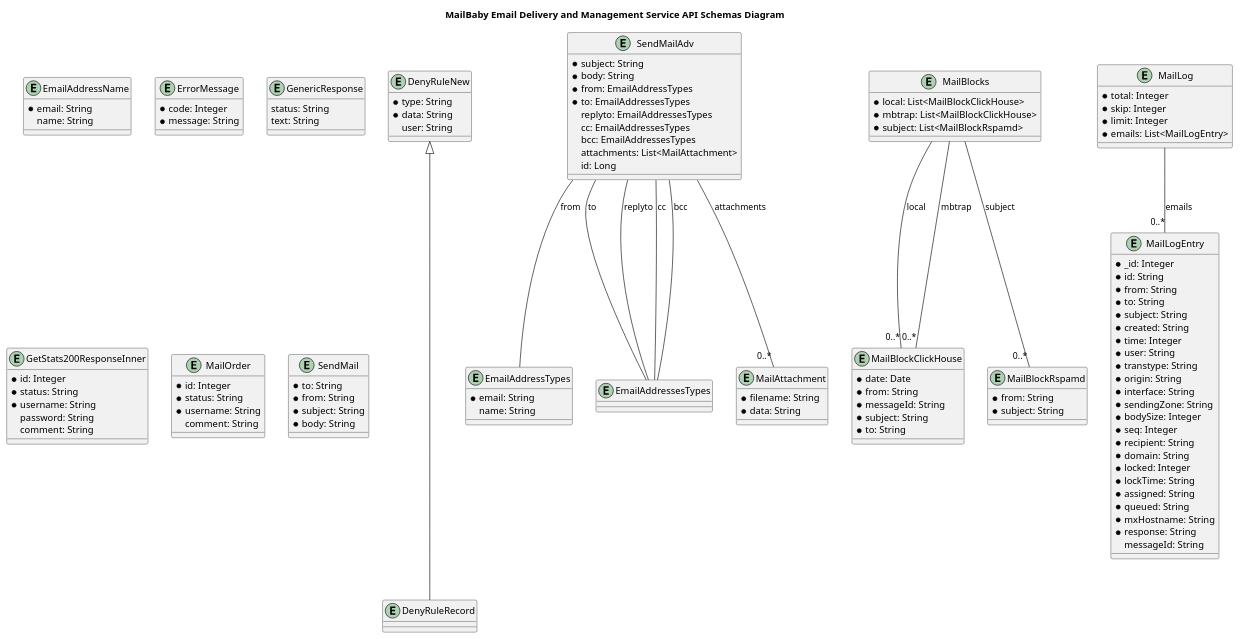
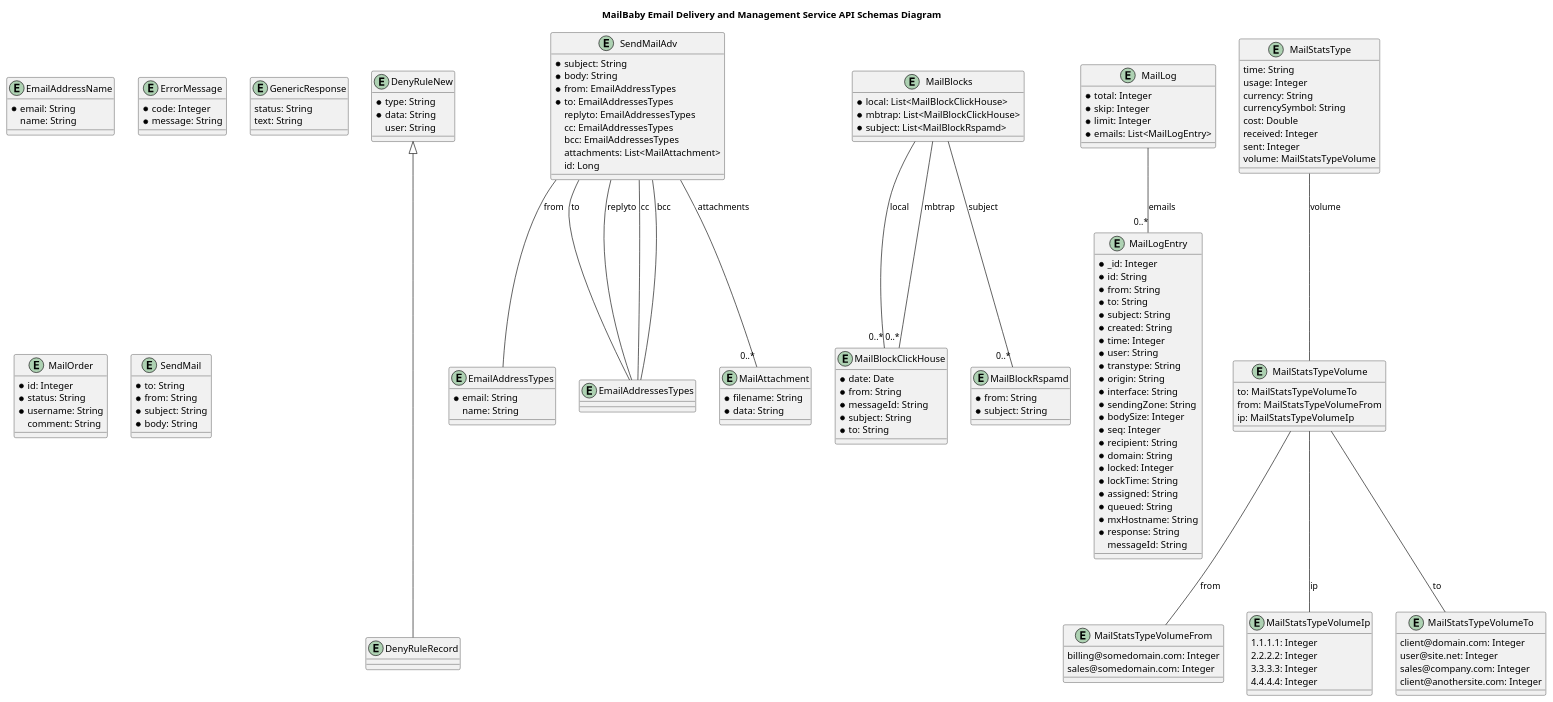
One commit to interserver/mailbaby-api-samples changed the diagram in openapi-documentation/plantuml/schemas.plantuml. Above: the diagram before and after it, drawn with PlantUML. The commit also changed 3015 other files, not shown here.

```diff
--- a/openapi-documentation/plantuml/schemas.plantuml
+++ b/openapi-documentation/plantuml/schemas.plantuml
@@ -1,141 +1,173 @@
 @startuml
 
 title MailBaby Email Delivery and Management Service API Schemas Diagram
 
 entity DenyRuleNew {
     * type: String
     * data: String
     user: String
 }
 
 entity DenyRuleRecord {
 }
 
 entity EmailAddressName {
     * email: String
     name: String
 }
 
 entity EmailAddressTypes {
     * email: String
     name: String
 }
 
 entity EmailAddressesTypes {
 }
 
 entity ErrorMessage {
     * code: Integer
     * message: String
 }
 
 entity GenericResponse {
     status: String
     text: String
-}
-
-entity GetStats200ResponseInner {
-    * id: Integer
-    * status: String
-    * username: String
-    password: String
-    comment: String
 }
 
 entity MailAttachment {
     * filename: String
     * data: String
 }
 
 entity MailBlockClickHouse {
     * date: Date
     * from: String
     * messageId: String
     * subject: String
     * to: String
 }
 
 entity MailBlockRspamd {
     * from: String
     * subject: String
 }
 
 entity MailBlocks {
     * local: List<MailBlockClickHouse>
     * mbtrap: List<MailBlockClickHouse>
     * subject: List<MailBlockRspamd>
 }
 
 entity MailLog {
     * total: Integer
     * skip: Integer
     * limit: Integer
     * emails: List<MailLogEntry>
 }
 
 entity MailLogEntry {
     * _id: Integer
     * id: String
     * from: String
     * to: String
     * subject: String
     * created: String
     * time: Integer
     * user: String
     * transtype: String
     * origin: String
     * interface: String
     * sendingZone: String
     * bodySize: Integer
     * seq: Integer
     * recipient: String
     * domain: String
     * locked: Integer
     * lockTime: String
     * assigned: String
     * queued: String
     * mxHostname: String
     * response: String
     messageId: String
 }
 
 entity MailOrder {
     * id: Integer
     * status: String
     * username: String
     comment: String
 }
 
+entity MailStatsType {
+    time: String
+    usage: Integer
+    currency: String
+    currencySymbol: String
+    cost: Double
+    received: Integer
+    sent: Integer
+    volume: MailStatsTypeVolume
+}
+
+entity MailStatsTypeVolume {
+    to: MailStatsTypeVolumeTo
+    from: MailStatsTypeVolumeFrom
+    ip: MailStatsTypeVolumeIp
+}
+
+entity MailStatsTypeVolumeFrom {
+    billing@somedomain.com: Integer
+    sales@somedomain.com: Integer
+}
+
+entity MailStatsTypeVolumeIp {
+    1.1.1.1: Integer
+    2.2.2.2: Integer
+    3.3.3.3: Integer
+    4.4.4.4: Integer
+}
+
+entity MailStatsTypeVolumeTo {
+    client@domain.com: Integer
+    user@site.net: Integer
+    sales@company.com: Integer
+    client@anothersite.com: Integer
+}
+
 entity SendMail {
     * to: String
     * from: String
     * subject: String
     * body: String
 }
 
 entity SendMailAdv {
     * subject: String
     * body: String
     * from: EmailAddressTypes
     * to: EmailAddressesTypes
     replyto: EmailAddressesTypes
     cc: EmailAddressesTypes
     bcc: EmailAddressesTypes
     attachments: List<MailAttachment>
     id: Long
 }
 
 DenyRuleNew <|--- DenyRuleRecord
 
+MailStatsTypeVolume -- MailStatsTypeVolumeTo : to
+MailStatsTypeVolume -- MailStatsTypeVolumeFrom : from
+MailStatsTypeVolume -- MailStatsTypeVolumeIp : ip
+MailStatsType -- MailStatsTypeVolume : volume
 SendMailAdv -- EmailAddressTypes : from
 SendMailAdv -- EmailAddressesTypes : to
 SendMailAdv -- EmailAddressesTypes : replyto
 SendMailAdv -- EmailAddressesTypes : cc
 SendMailAdv -- EmailAddressesTypes : bcc
 SendMailAdv -- "0..*" MailAttachment : attachments
 MailLog -- "0..*" MailLogEntry : emails
 MailBlocks -- "0..*" MailBlockClickHouse : local
 MailBlocks -- "0..*" MailBlockClickHouse : mbtrap
 MailBlocks -- "0..*" MailBlockRspamd : subject
 
 @enduml
```
